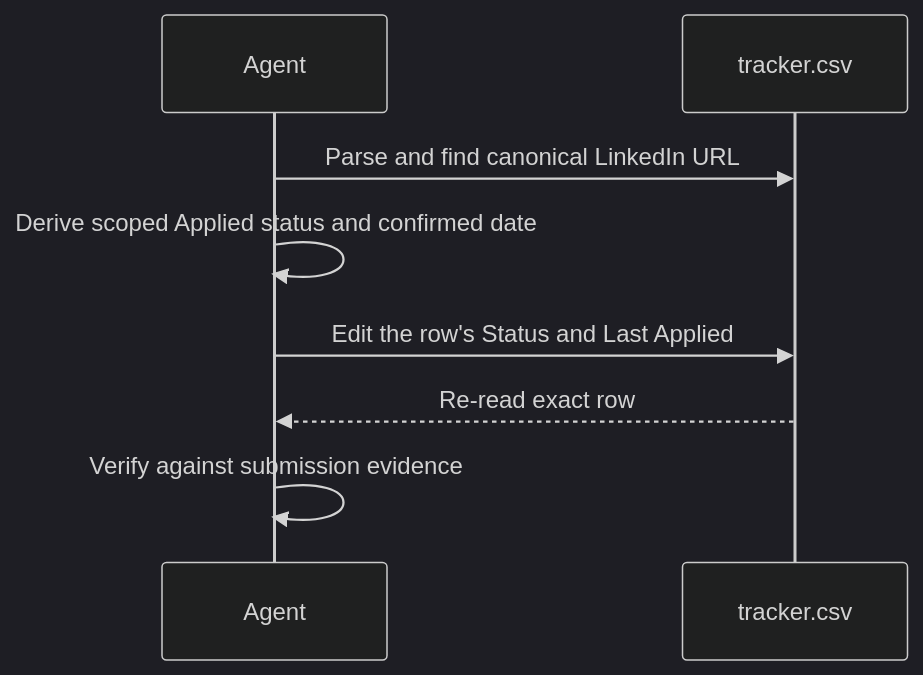
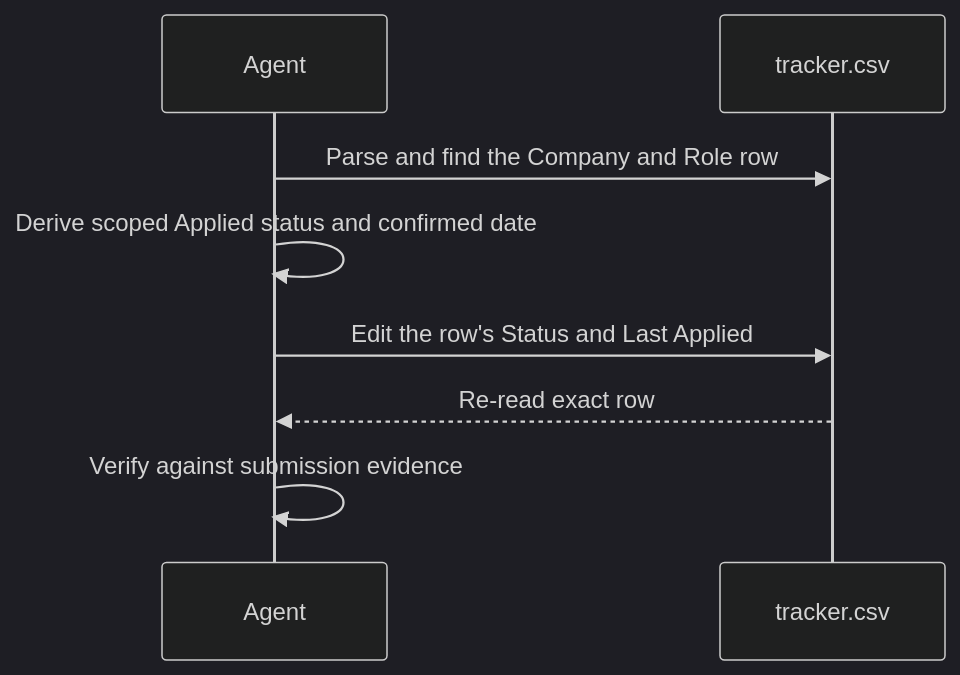
The diagram in linkedin-job-pilot/references/tracking.md (fsw0422/skills), drawn with Mermaid (dark theme) before and after one commit. The commit also changed other lines of this file and 6 other files, not shown here.

First line of the commit message:
linkedin-job-pilot: drop the LinkedIn URL column, identify rows by Company and Role (#1)

```diff
--- a/linkedin-job-pilot/references/tracking.md
+++ b/linkedin-job-pilot/references/tracking.md
@@ -8,10 +8,10 @@
 ~~~mermaid
 sequenceDiagram
     participant A as Agent
     participant C as tracker.csv
-    A->>C: Parse and find canonical LinkedIn URL
+    A->>C: Parse and find the Company and Role row
     A->>A: Derive scoped Applied status and confirmed date
     A->>C: Edit the row's Status and Last Applied
     C-->>A: Re-read exact row
     A->>A: Verify against submission evidence
 ~~~
```
